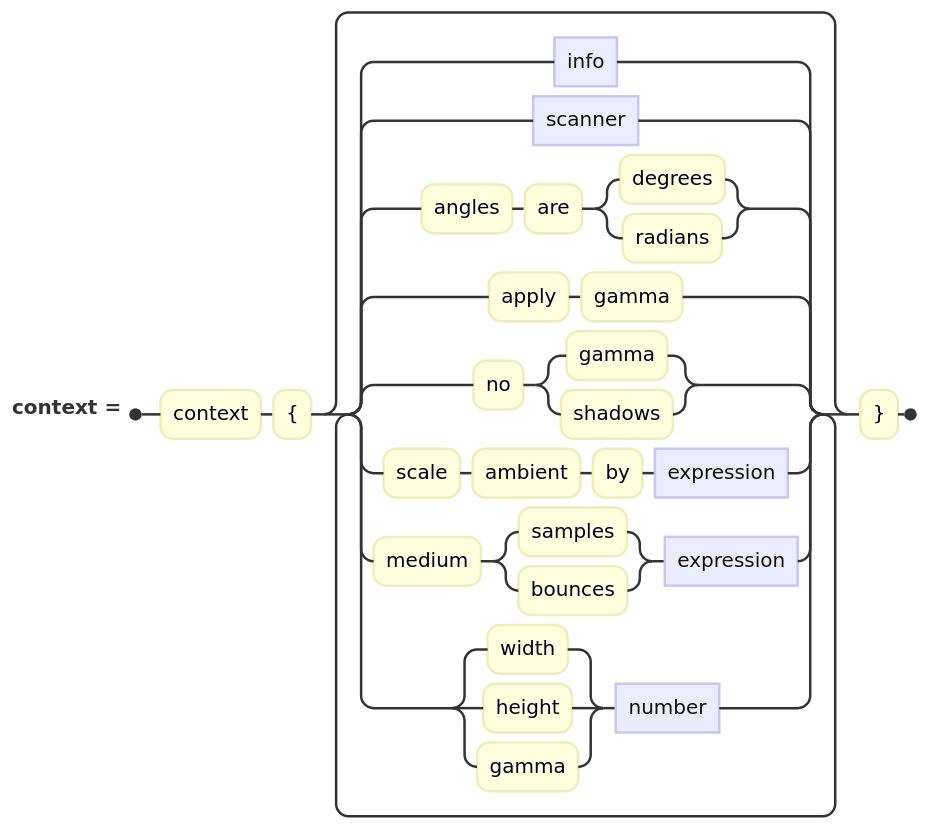
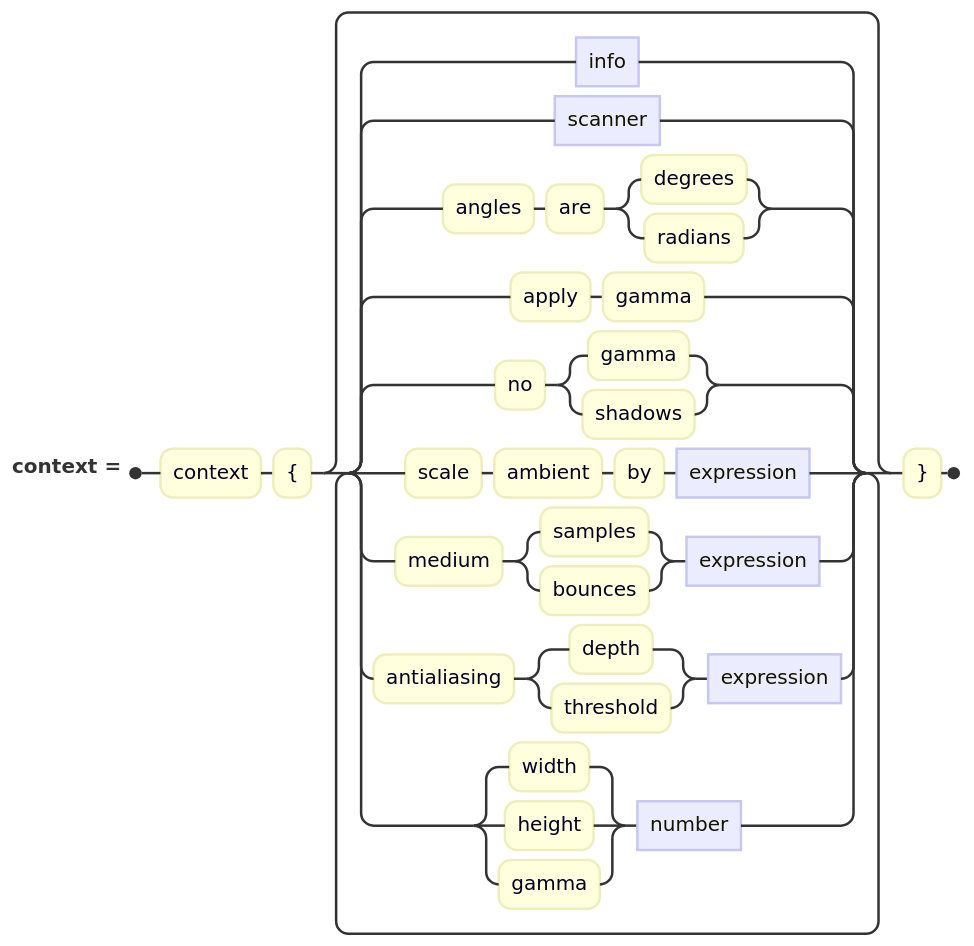
Before and after one commit to jskress/RayTracer: the diagram in docs/diagrams/context/contextClause.mmd, drawn with Mermaid. The commit also changed 24 other files, not shown here.

```diff
--- a/docs/diagrams/context/contextClause.mmd
+++ b/docs/diagrams/context/contextClause.mmd
@@ -1,8 +1,9 @@
 railroad-ebnf-beta
 title "The context block"
 
 context = "context" "{" { info | scanner | "angles" "are" ( "degrees" | "radians" )
         | "apply" "gamma" | "no" ( "gamma" | "shadows" )
         | "scale" "ambient" "by" expression
         | "medium" ( "samples" | "bounces" ) expression
+        | "antialiasing" ( "depth" | "threshold" ) expression
         | ( "width" | "height" | "gamma" ) number } "}" ;
```
